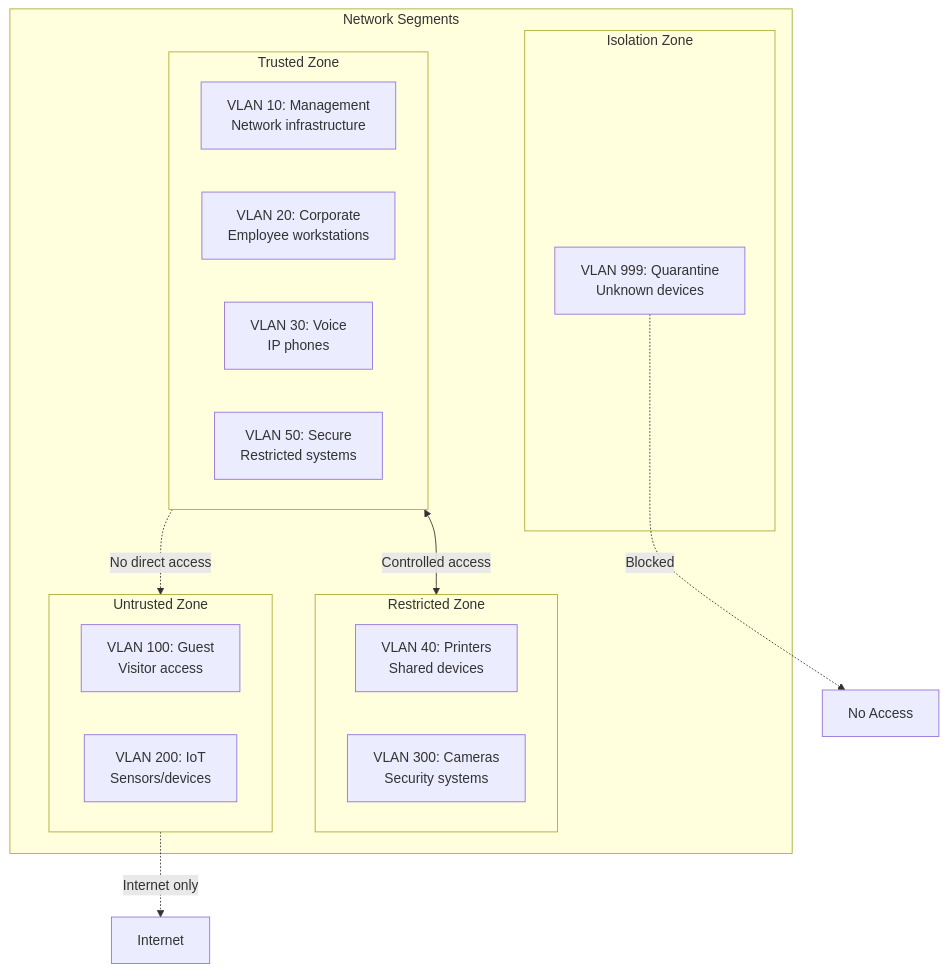
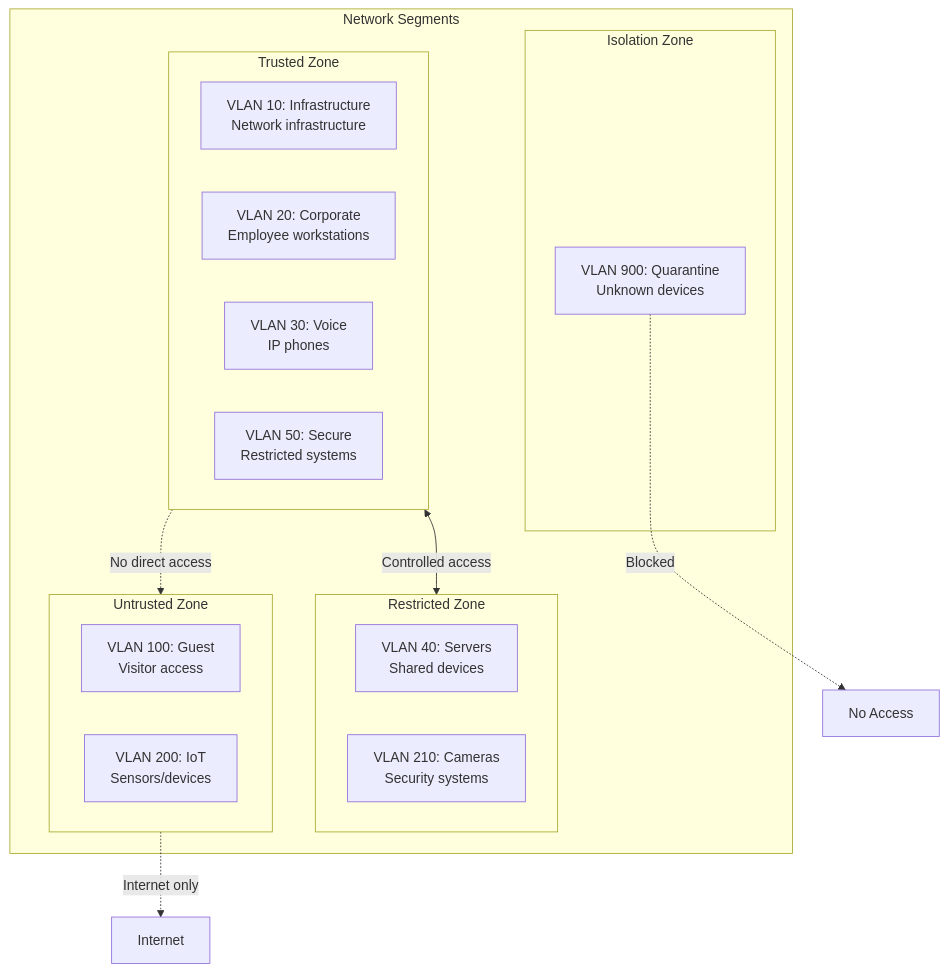
Before and after one commit to NewOrleansITI/networkstandards: the first of 6 diagrams in docs/ethernet/port-configurations.md, drawn with Mermaid. The commit also changed other lines of this file and 4 other files, not shown here.

````diff
--- a/docs/ethernet/port-configurations.md
+++ b/docs/ethernet/port-configurations.md
@@ -28,30 +28,30 @@
 ```mermaid
 graph TB
     subgraph SEGMENTS["Network Segments"]
         subgraph TRUSTED["Trusted Zone"]
-            MGMT["VLAN 10: Management<br/>Network infrastructure"]
+            INFRA["VLAN 10: Infrastructure<br/>Network infrastructure"]
             CORP["VLAN 20: Corporate<br/>Employee workstations"]
             VOIP["VLAN 30: Voice<br/>IP phones"]
             SECURE["VLAN 50: Secure<br/>Restricted systems"]
         end
 
         subgraph RESTRICTED["Restricted Zone"]
-            PRINT["VLAN 40: Printers<br/>Shared devices"]
-            CAMERA["VLAN 300: Cameras<br/>Security systems"]
+            SERVERS["VLAN 40: Servers<br/>Shared devices"]
+            CAMERA["VLAN 210: Cameras<br/>Security systems"]
         end
 
         subgraph UNTRUSTED["Untrusted Zone"]
             GUEST["VLAN 100: Guest<br/>Visitor access"]
             IOT["VLAN 200: IoT<br/>Sensors/devices"]
         end
 
         subgraph ISOLATION["Isolation Zone"]
-            QUARANTINE["VLAN 999: Quarantine<br/>Unknown devices"]
+            QUARANTINE["VLAN 900: Quarantine<br/>Unknown devices"]
         end
     end
 
     TRUSTED <-->|"Controlled access"| RESTRICTED
     TRUSTED -.->|"No direct access"| UNTRUSTED
     UNTRUSTED -.->|"Internet only"| INET[Internet]
     QUARANTINE -.->|"Blocked"| NOWHERE[No Access]
 ```
````
